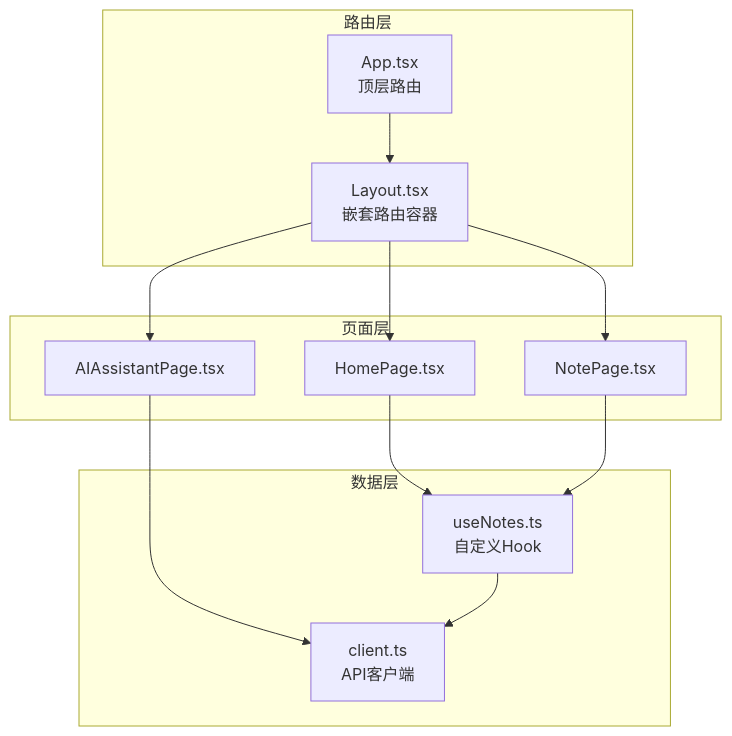
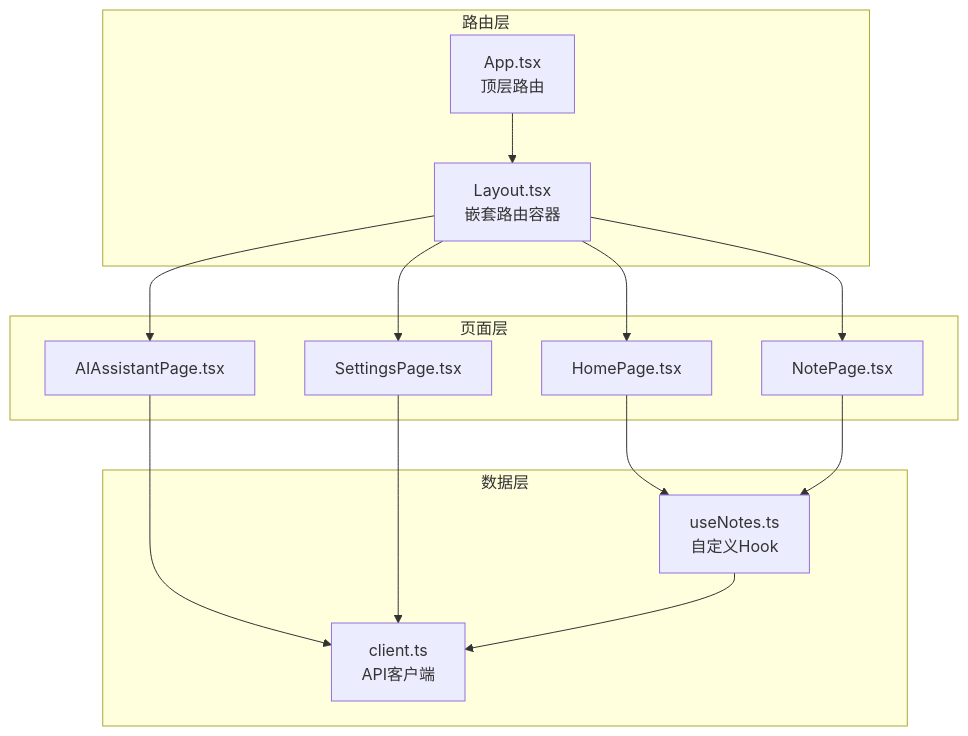
The second of 8 diagrams in .qoder/repowiki/zh/content/Web前端应用/页面和路由.md (acproject/tomato_notebook), drawn with Mermaid before and after one commit. The commit also changed other lines of this file and 14 other files, not shown here.

````diff
--- a/.qoder/repowiki/zh/content/Web前端应用/页面和路由.md
+++ b/.qoder/repowiki/zh/content/Web前端应用/页面和路由.md
@@ -91,24 +95,27 @@
 ```mermaid
 graph TB
 subgraph "路由层"
 R1["App.tsx<br/>顶层路由"]
 R2["Layout.tsx<br/>嵌套路由容器"]
 end
 subgraph "页面层"
 P1["HomePage.tsx"]
 P2["NotePage.tsx"]
 P3["AIAssistantPage.tsx"]
+P4["SettingsPage.tsx"]
 end
 subgraph "数据层"
 H1["useNotes.ts<br/>自定义Hook"]
 A1["client.ts<br/>API客户端"]
 end
 R1 --> R2
 R2 --> P1
 R2 --> P2
 R2 --> P3
+R2 --> P4
 P1 --> H1
 P2 --> H1
 P3 --> A1
+P4 --> A1
 H1 --> A1
 ```
````
